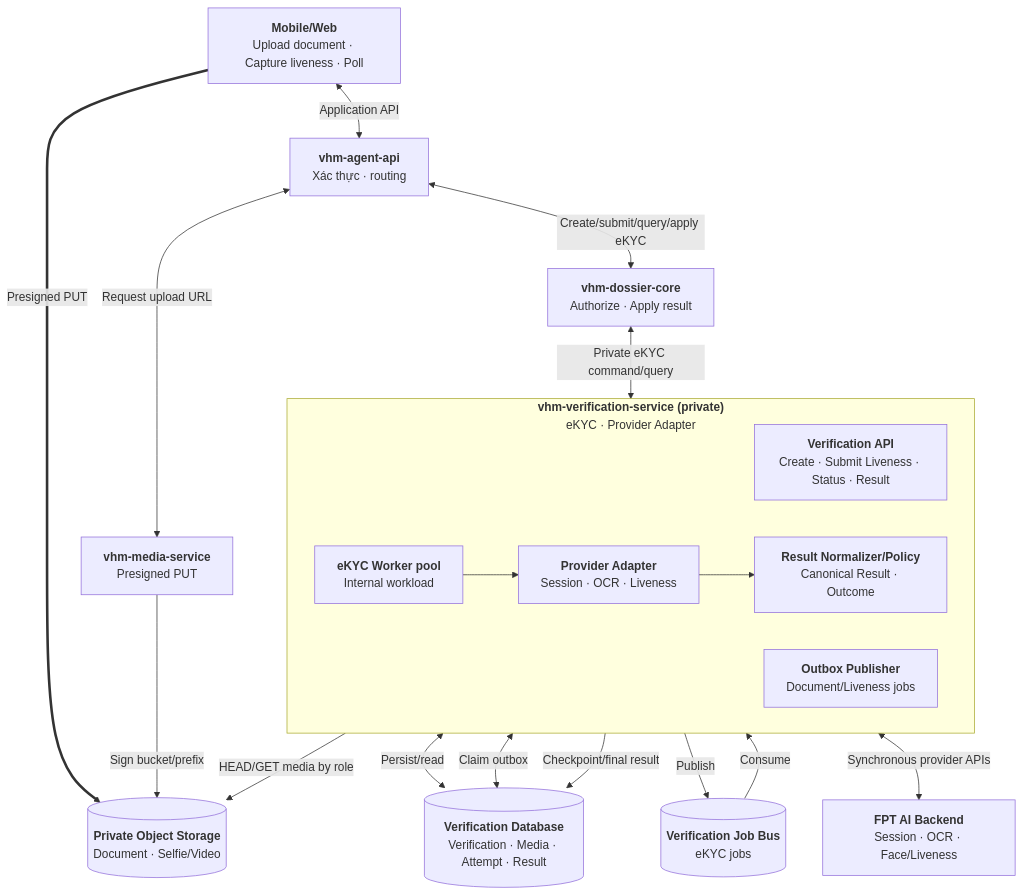
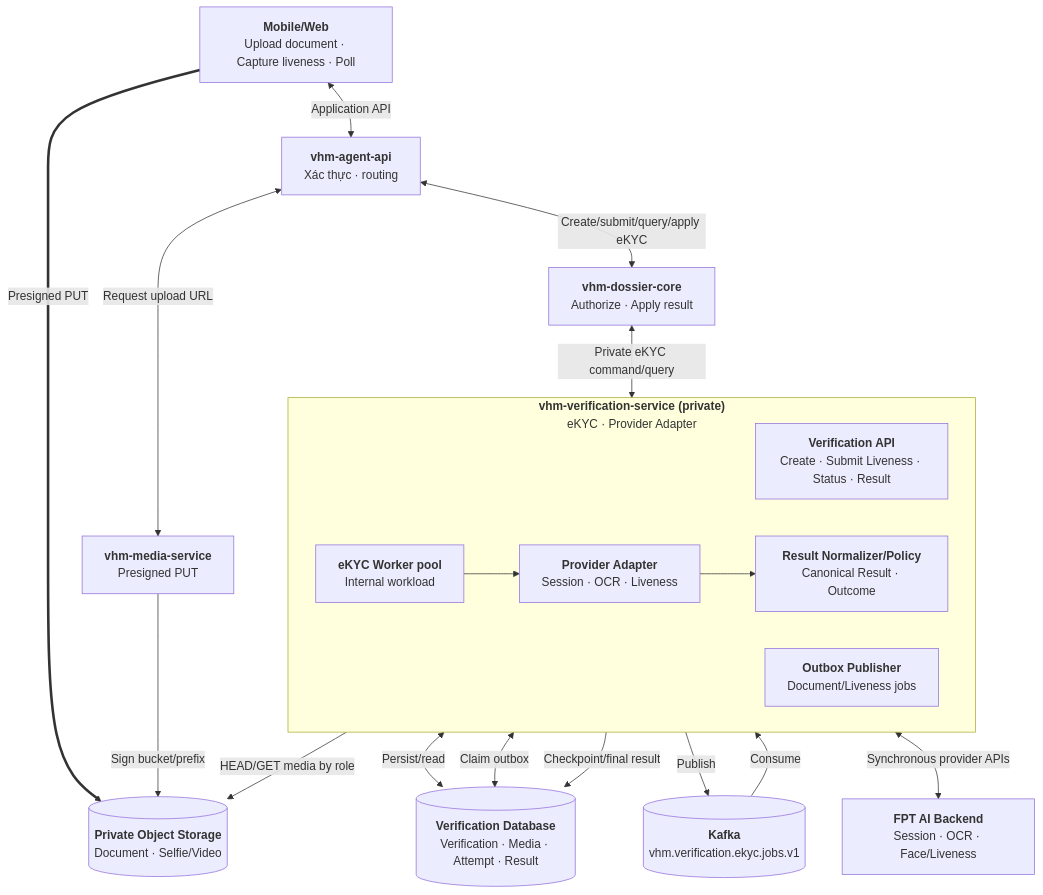
One commit to huynv-xyz/vhm changed the fifth of 8 diagrams in noxh-ekyc.md. Above: the diagram before and after it, drawn with Mermaid. The commit also changed other lines of this file, not shown here.

````diff
--- a/noxh-ekyc.md
+++ b/noxh-ekyc.md
@@ -293,51 +349,51 @@
 ```mermaid
 flowchart TB
     CLIENT["`**Mobile/Web**
 Upload document · Capture liveness · Poll`"]
     BFF["`**vhm-agent-api**
 Xác thực · routing`"]
     DOMAIN["`**vhm-dossier-core**
 Authorize · Apply result`"]
     MEDIA_API["`**vhm-media-service**
 Presigned PUT`"]
     STORAGE[("`**Private Object Storage**
 Document · Selfie/Video`")]
 
     subgraph VERIFY["`**vhm-verification-service (private)**
 eKYC · Provider Adapter`"]
         direction LR
         API["`**Verification API**
 Create · Submit Liveness · Status · Result`"]
         OUTBOX["`**Outbox Publisher**
 Document/Liveness jobs`"]
         WORKER["`**eKYC Worker pool**
 Internal workload`"]
         ADAPTER["`**Provider Adapter**
 Session · OCR · Liveness`"]
         POLICY["`**Result Normalizer/Policy**
 Canonical Result · Outcome`"]
 
         WORKER --> ADAPTER --> POLICY
     end
 
-    BUS[("`**Verification Job Bus**
-eKYC jobs`")]
+    KAFKA[("`**Kafka**
+vhm.verification.ekyc.jobs.v1`")]
     FPT["`**FPT AI Backend**
 Session · OCR · Face/Liveness`"]
     DB[("`**Verification Database**
 Verification · Media · Attempt · Result`")]
 
     CLIENT <-->|"Application API"| BFF
     BFF <-->|"Request upload URL"| MEDIA_API
     CLIENT ==>|"Presigned PUT"| STORAGE
     MEDIA_API -->|"Sign bucket/prefix"| STORAGE
     BFF <-->|"Create/submit/query/apply eKYC"| DOMAIN
     DOMAIN <-->|"Private eKYC command/query"| API
     API <-->|"Persist/read"| DB
     OUTBOX <-->|"Claim outbox"| DB
-    OUTBOX -->|"Publish"| BUS
-    BUS -->|"Consume"| WORKER
+    OUTBOX -->|"Publish"| KAFKA
+    KAFKA -->|"Consume"| WORKER
     WORKER -->|"HEAD/GET media by role"| STORAGE
     ADAPTER <-->|"Synchronous provider APIs"| FPT
     POLICY -->|"Checkpoint/final result"| DB
 ```
````
